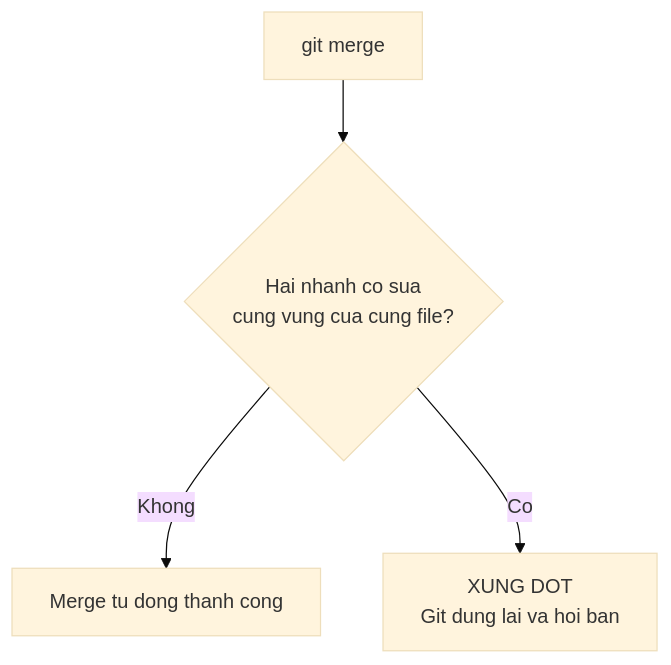
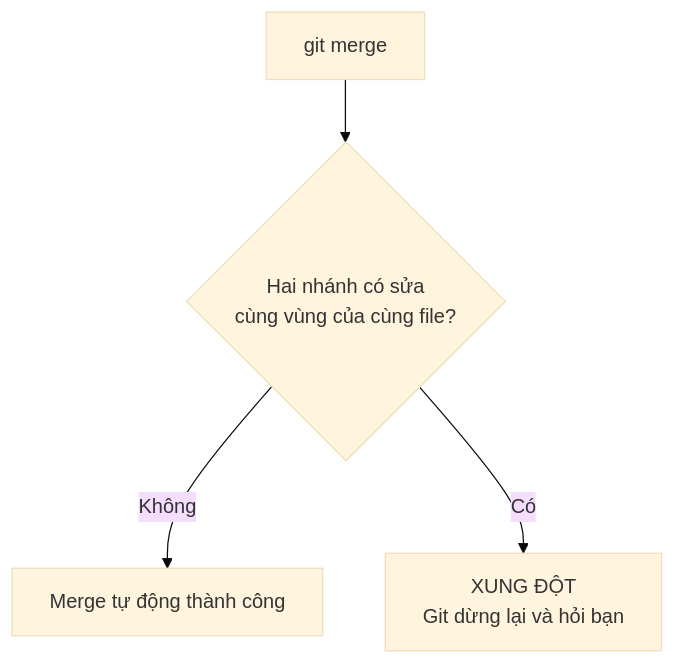
Before and after one commit to TienNHM/tiennhm.github.io: the diagram in docs/09-dotnet-backend-zero-to-senior/stage-01-foundation/module-03-git-developer-workflow/3.7-git-conflicts.mdx, drawn with Mermaid (base theme). The commit also changed other lines of this file and 17 other files, not shown here.

````diff
--- a/docs/09-dotnet-backend-zero-to-senior/stage-01-foundation/module-03-git-developer-workflow/3.7-git-conflicts.mdx
+++ b/docs/09-dotnet-backend-zero-to-senior/stage-01-foundation/module-03-git-developer-workflow/3.7-git-conflicts.mdx
@@ -29,6 +29,6 @@
 ```mermaid
 flowchart TD
-    A[git merge] --> B{Hai nhanh co sua<br/>cung vung cua cung file?}
-    B -->|Khong| C[Merge tu dong thanh cong]
-    B -->|Co| D[XUNG DOT<br/>Git dung lai va hoi ban]
+    A[git merge] --> B{Hai nhánh có sửa<br/>cùng vùng của cùng file?}
+    B -->|Không| C[Merge tự động thành công]
+    B -->|Có| D[XUNG ĐỘT<br/>Git dừng lại và hỏi bạn]
 ```
````
